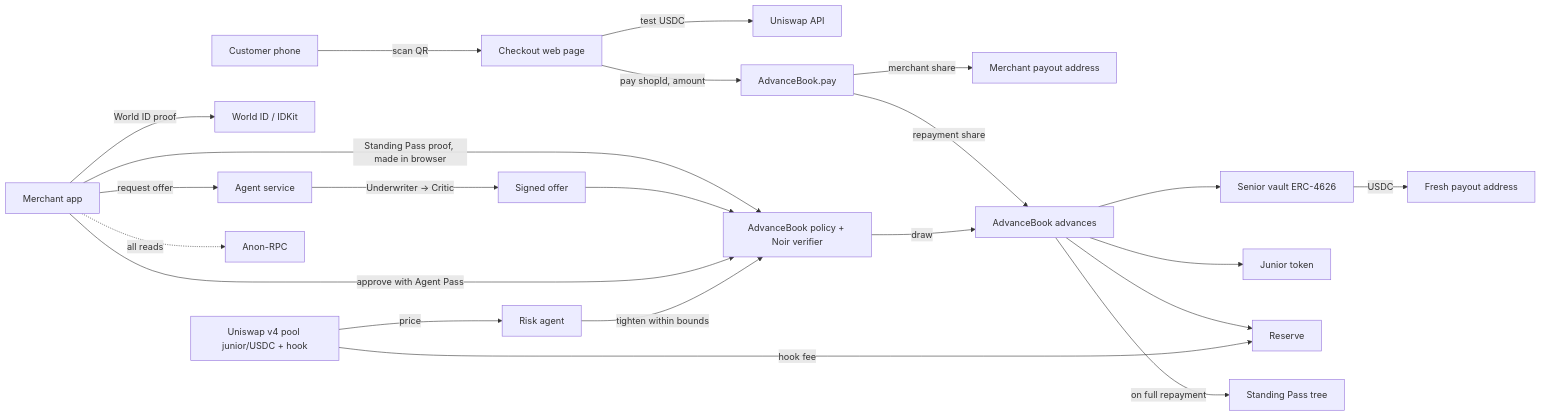
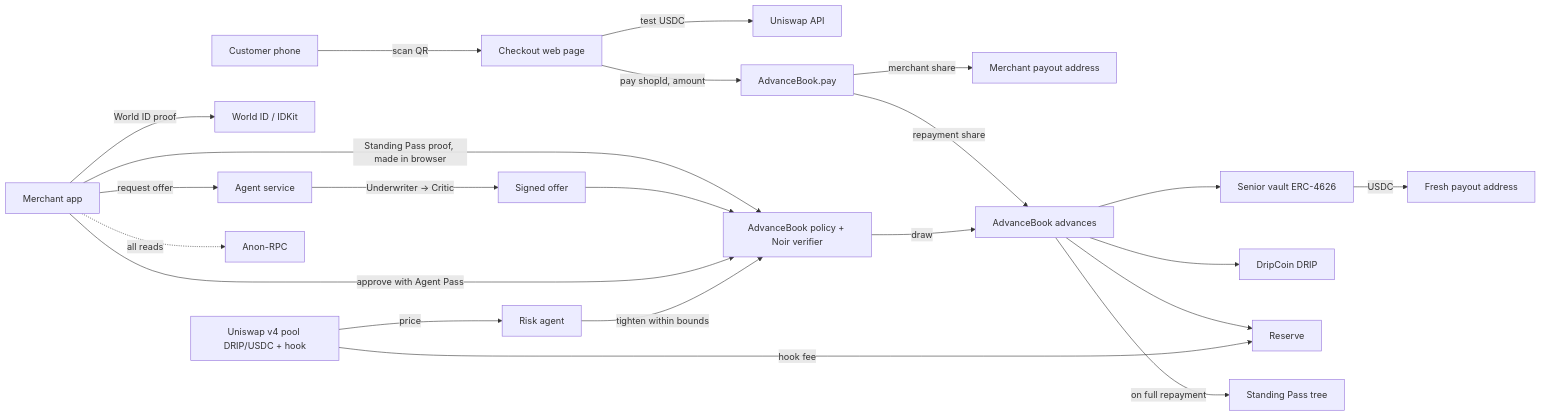
Before and after one commit to e-l-l/ETHGlobal-main-2026: the first of 2 diagrams in docs/architecture.md, drawn with Mermaid. The commit also changed other lines of this file and 19 other files, not shown here.

````diff
--- a/docs/architecture.md
+++ b/docs/architecture.md
@@ -5,27 +5,27 @@
 ```mermaid
 flowchart LR
   C[Customer phone] -->|scan QR| CO[Checkout web page]
   CO -->|test USDC| UAPI[Uniswap API]
   CO -->|pay shopId, amount| PR[AdvanceBook.pay]
   PR -->|merchant share| MW[Merchant payout address]
   PR -->|repayment share| AM[AdvanceBook advances]
   AM --> SV[Senior vault ERC-4626]
-  AM --> JT[Junior token]
+  AM --> JT[DripCoin DRIP]
   AM --> RS[Reserve]
   AM -->|on full repayment| SP[Standing Pass tree]
 
   M[Merchant app] -->|World ID proof| WID[World ID / IDKit]
   M -->|Standing Pass proof, made in browser| PG[AdvanceBook policy + Noir verifier]
   M -->|request offer| AG[Agent service]
   AG -->|Underwriter → Critic| OFF[Signed offer]
   OFF --> PG
   M -->|approve with Agent Pass| PG
   PG -->|draw| AM
   SV -->|USDC| FA[Fresh payout address]
 
-  POOL[Uniswap v4 pool junior/USDC + hook] -->|hook fee| RS
+  POOL[Uniswap v4 pool DRIP/USDC + hook] -->|hook fee| RS
   POOL -->|price| RA[Risk agent]
   RA -->|tighten within bounds| PG
 
   M -. all reads .-> ARPC[Anon-RPC]
 ```
````
